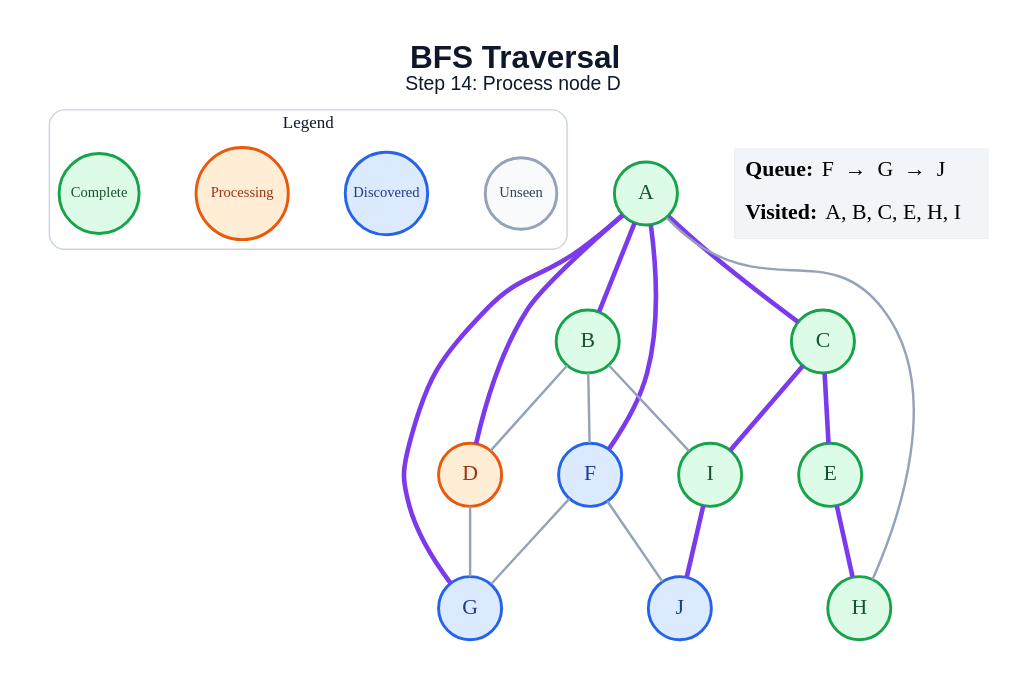
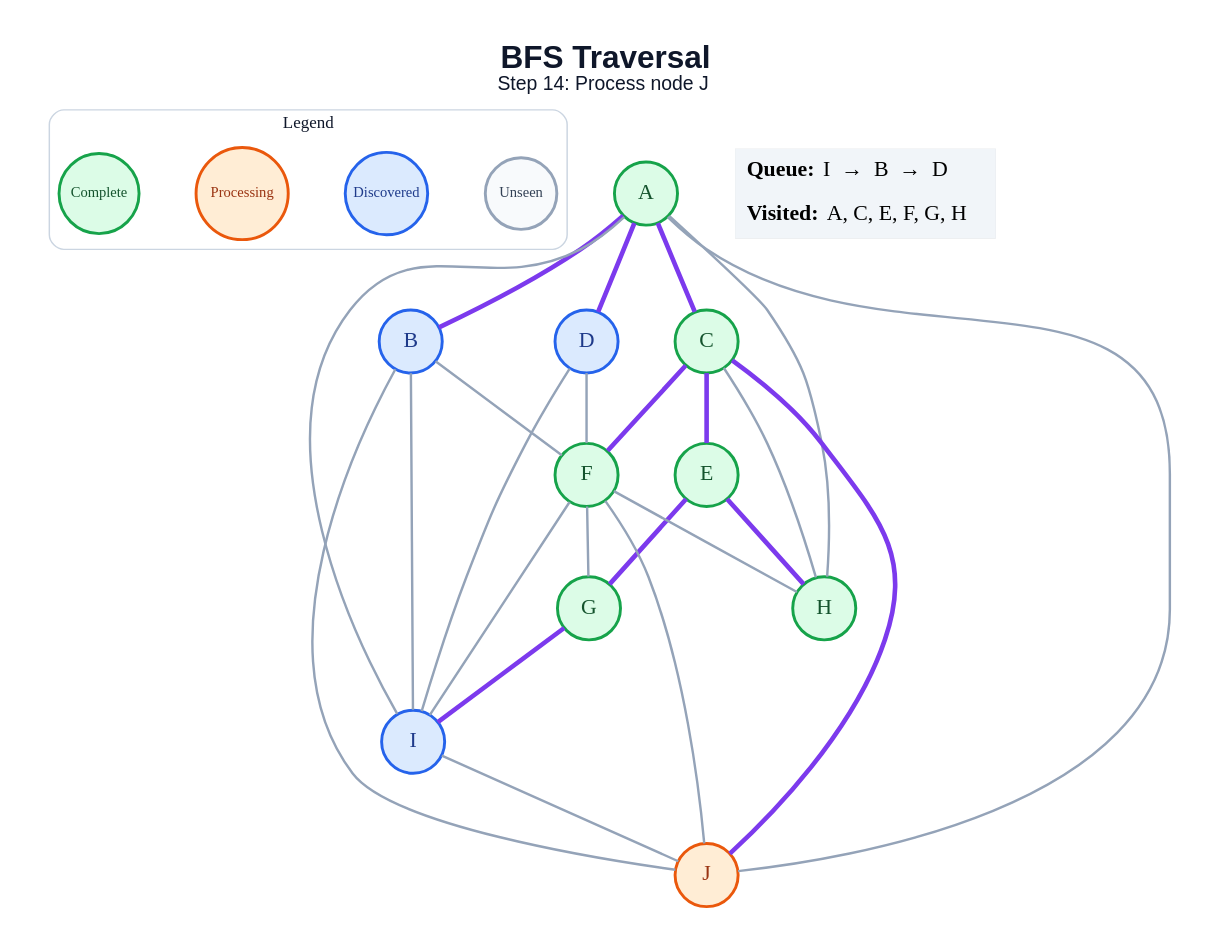
One commit to amanghodawala9/ai-slop changed the diagram in generated/specific-node/bfs/step_14.dot. Above: the diagram before and after it, drawn with Graphviz. The commit also changed 178 other files, not shown here.

```diff
--- a/generated/specific-node/bfs/step_14.dot
+++ b/generated/specific-node/bfs/step_14.dot
@@ -1,45 +1,52 @@
 graph traversal {
   graph [layout=dot, rankdir=TB, bgcolor="#FFFFFF", pad="0.35", nodesep="0.65", ranksep="0.8", fontname="Arial"];
   node [shape=circle, style="filled", fontname="Arial Bold", fontsize=18, width=0.72, fixedsize=true, penwidth=2.4];
   edge [color="#94A3B8", penwidth=2.0];
-  label=<<B>BFS Traversal</B><BR/><FONT POINT-SIZE="16">Step 14: Process node D</FONT>>; labelloc="t"; fontsize=26; fontname="Arial"; fontcolor="#0F172A";
+  label=<<B>BFS Traversal</B><BR/><FONT POINT-SIZE="16">Step 14: Process node J</FONT>>; labelloc="t"; fontsize=26; fontname="Arial"; fontcolor="#0F172A";
   subgraph cluster_legend { label="Legend"; color="#CBD5E1"; penwidth=1.2; style="rounded"; fontsize=14; fontname="Arial Bold";
     key_unseen [label="Unseen", fillcolor="#F8FAFC", color="#94A3B8", fontcolor="#334155", fontsize=12, width=0.82];
     key_frontier [label="Discovered", fillcolor="#DBEAFE", color="#2563EB", fontcolor="#1E3A8A", fontsize=12, width=0.95];
     key_current [label="Processing", fillcolor="#FFEDD5", color="#EA580C", fontcolor="#9A3412", fontsize=12, width=1.05];
     key_done [label="Complete", fillcolor="#DCFCE7", color="#16A34A", fontcolor="#14532D", fontsize=12, width=0.92];
     { rank=same; key_unseen; key_frontier; key_current; key_done; }
   }
   A [fillcolor="#DCFCE7", color="#16A34A", fontcolor="#14532D"];
-  B [fillcolor="#DCFCE7", color="#16A34A", fontcolor="#14532D"];
+  B [fillcolor="#DBEAFE", color="#2563EB", fontcolor="#1E3A8A"];
   C [fillcolor="#DCFCE7", color="#16A34A", fontcolor="#14532D"];
-  D [fillcolor="#FFEDD5", color="#EA580C", fontcolor="#9A3412"];
+  D [fillcolor="#DBEAFE", color="#2563EB", fontcolor="#1E3A8A"];
   E [fillcolor="#DCFCE7", color="#16A34A", fontcolor="#14532D"];
-  F [fillcolor="#DBEAFE", color="#2563EB", fontcolor="#1E3A8A"];
-  G [fillcolor="#DBEAFE", color="#2563EB", fontcolor="#1E3A8A"];
+  F [fillcolor="#DCFCE7", color="#16A34A", fontcolor="#14532D"];
+  G [fillcolor="#DCFCE7", color="#16A34A", fontcolor="#14532D"];
   H [fillcolor="#DCFCE7", color="#16A34A", fontcolor="#14532D"];
-  I [fillcolor="#DCFCE7", color="#16A34A", fontcolor="#14532D"];
-  J [fillcolor="#DBEAFE", color="#2563EB", fontcolor="#1E3A8A"];
+  I [fillcolor="#DBEAFE", color="#2563EB", fontcolor="#1E3A8A"];
+  J [fillcolor="#FFEDD5", color="#EA580C", fontcolor="#9A3412"];
   A -- B [color="#7C3AED", penwidth=3.8];
   A -- C [color="#7C3AED", penwidth=3.8];
   A -- D [color="#7C3AED", penwidth=3.8];
-  A -- F [color="#7C3AED", penwidth=3.8];
-  A -- G [color="#7C3AED", penwidth=3.8];
   A -- H;
-  B -- D;
+  A -- I;
+  A -- J;
   B -- F;
   B -- I;
+  B -- J;
   C -- E [color="#7C3AED", penwidth=3.8];
-  C -- I [color="#7C3AED", penwidth=3.8];
-  D -- G;
+  C -- F [color="#7C3AED", penwidth=3.8];
+  C -- H;
+  C -- J [color="#7C3AED", penwidth=3.8];
+  D -- F;
+  D -- I;
+  E -- G [color="#7C3AED", penwidth=3.8];
   E -- H [color="#7C3AED", penwidth=3.8];
   F -- G;
+  F -- H;
+  F -- I;
   F -- J;
-  I -- J [color="#7C3AED", penwidth=3.8];
+  G -- I [color="#7C3AED", penwidth=3.8];
+  I -- J;
   status [shape=plain, fixedsize=false, width=0, height=0, margin=0, label=<
     <TABLE BORDER="0" CELLBORDER="0" CELLPADDING="7" BGCOLOR="#F1F5F9">
-      <TR><TD ALIGN="LEFT"><B>Queue:</B> F  →  G  →  J</TD></TR>
-      <TR><TD ALIGN="LEFT"><B>Visited:</B> A, B, C, E, H, I</TD></TR>
+      <TR><TD ALIGN="LEFT"><B>Queue:</B> I  →  B  →  D</TD></TR>
+      <TR><TD ALIGN="LEFT"><B>Visited:</B> A, C, E, F, G, H</TD></TR>
     </TABLE>
   >];
 }
```
